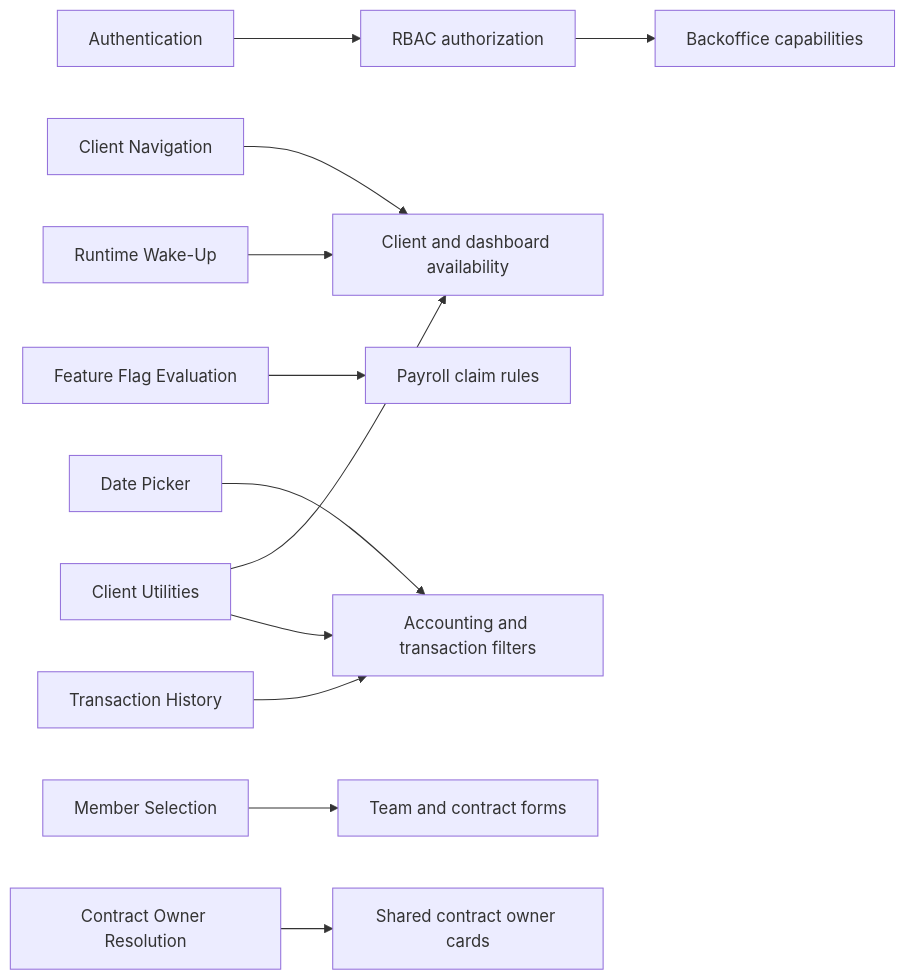
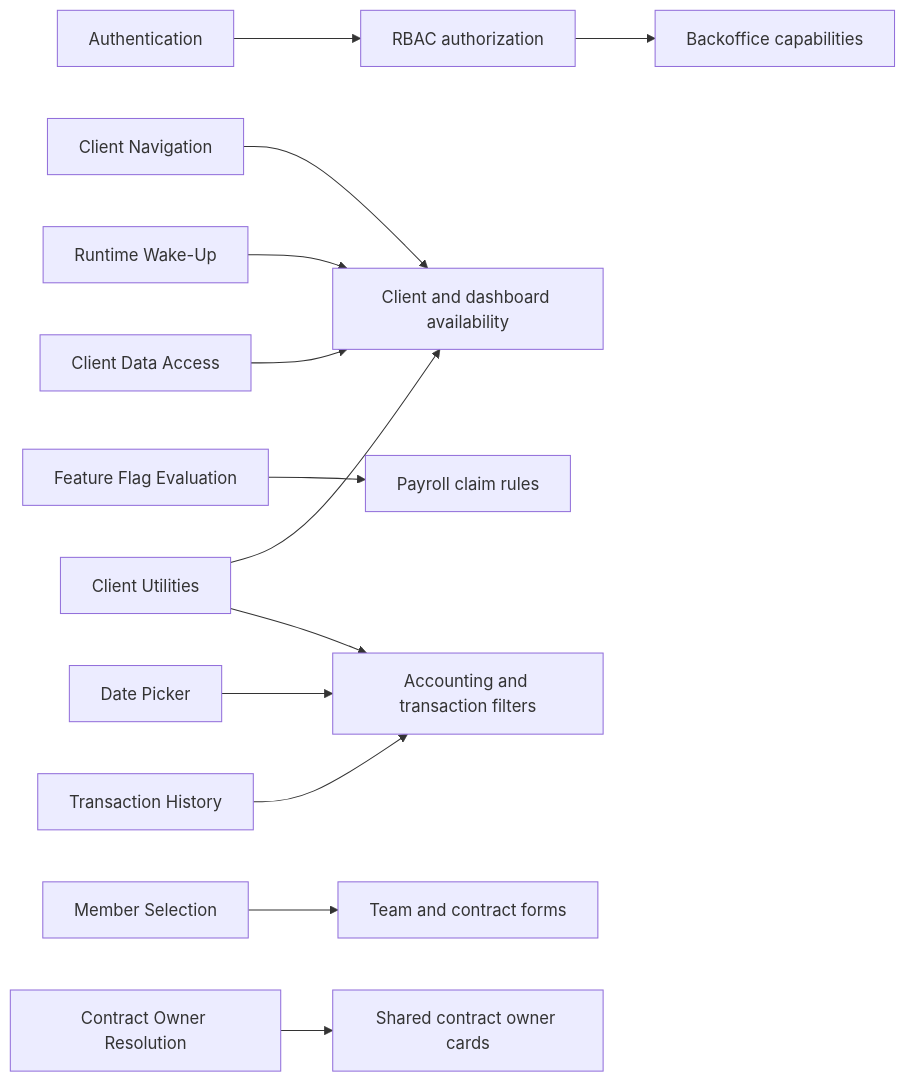
The diagram in docs/implementation/README.md (globe-and-citizen/cnc-portal), drawn with Mermaid before and after one commit. The commit also changed other lines of this file and 7 other files, not shown here.

Commit message:
docs: 📝 attest mutation flow documentation

````diff
--- a/docs/implementation/README.md
+++ b/docs/implementation/README.md
@@ -17,14 +17,15 @@
 ```mermaid
 flowchart LR
   auth[Authentication] --> rbac[RBAC authorization]
   rbac --> backoffice[Backoffice capabilities]
   navigation[Client Navigation] --> client[Client feature entry points]
   flags[Feature Flag Evaluation] --> payroll[Payroll claim rules]
   wake[Runtime Wake-Up] --> client[Client and dashboard availability]
   datePicker[Date Picker] --> reports[Accounting and transaction filters]
   transactionHistory[Transaction History] --> reports
   selection[Member Selection] --> forms[Team and contract forms]
   owner[Contract Owner Resolution] --> cards[Shared contract owner cards]
   utilities[Client Utilities] --> client
   utilities --> reports
+  dataAccess[Client Data Access] --> client
 ```
````
